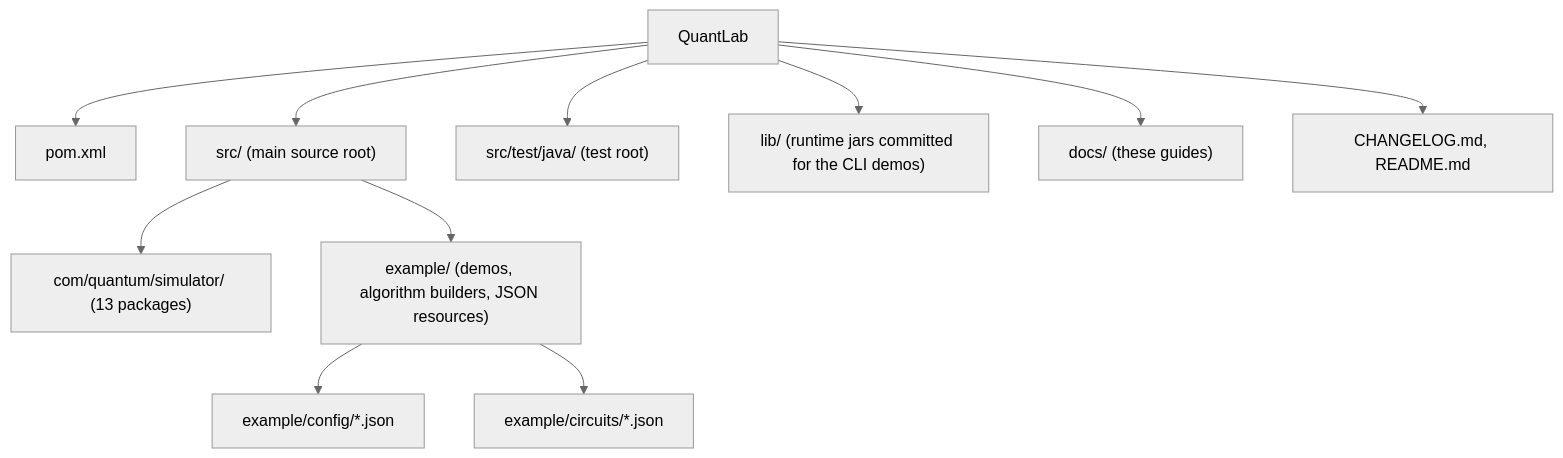
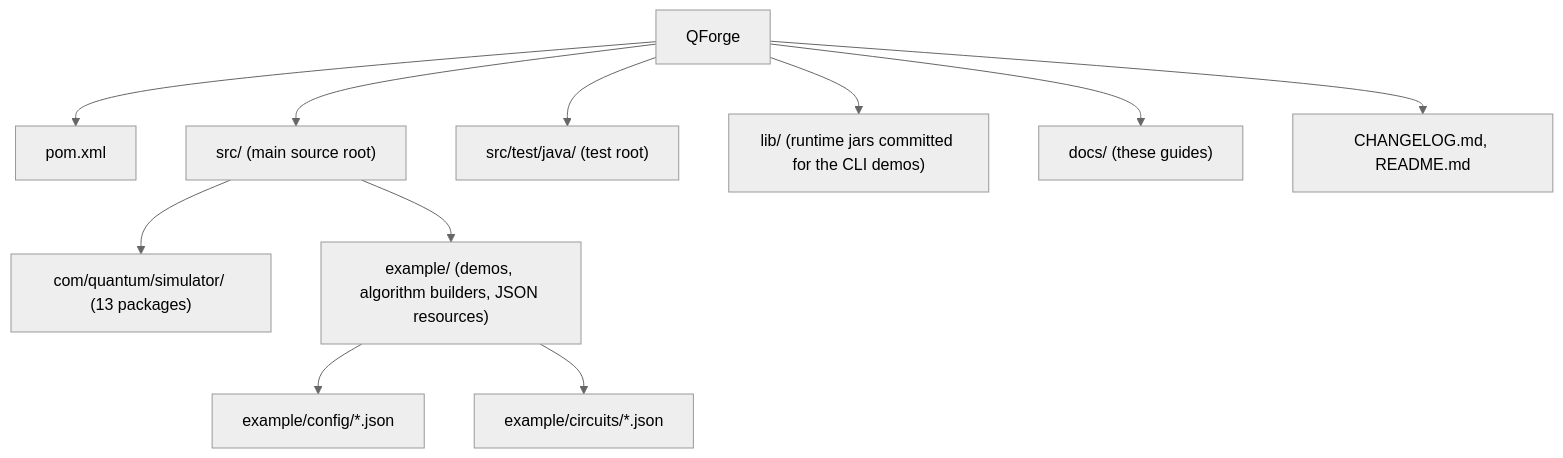
The diagram in docs/08-development.md (CharafeddineMechalikh/QForge), drawn with Mermaid (neutral theme) before and after one commit. The commit also changed other lines of this file and 17 other files, not shown here.

````diff
--- a/docs/08-development.md
+++ b/docs/08-development.md
@@ -7,13 +7,13 @@
 ```mermaid
 flowchart TD
-    R["QuantLab"] --> P["pom.xml"]
+    R["QForge"] --> P["pom.xml"]
     R --> S["src/ (main source root)"]
     R --> T["src/test/java/ (test root)"]
     R --> L["lib/ (runtime jars committed for the CLI demos)"]
     R --> D["docs/ (these guides)"]
     R --> C["CHANGELOG.md, README.md"]
     S --> S1["com/quantum/simulator/ (13 packages)"]
     S --> S2["example/ (demos, algorithm builders, JSON resources)"]
     S2 --> S3["example/config/*.json"]
     S2 --> S4["example/circuits/*.json"]
 ```
````
